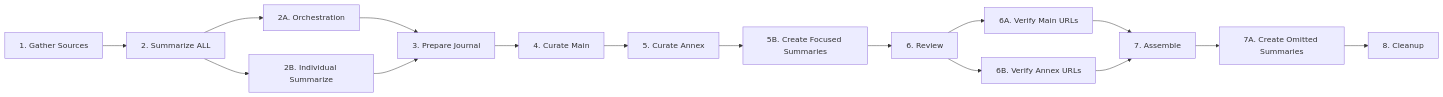
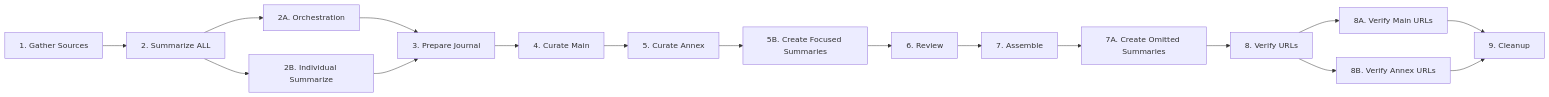
The diagram in README.md (beijaflor/gen-ai-journal), drawn with Mermaid before and after one commit. The commit also changed other lines of this file and 12 other files, not shown here.

````diff
--- a/README.md
+++ b/README.md
@@ -9,18 +9,19 @@
 ```mermaid
 graph LR
     A[1. Gather Sources] --> B[2. Summarize ALL]
     B --> B1[2A. Orchestration]
     B --> B2[2B. Individual Summarize]
     B1 --> C[3. Prepare Journal]
     B2 --> C
     C --> D[4. Curate Main]
     D --> E[5. Curate Annex]
     E --> F[5B. Create Focused Summaries]
     F --> G[6. Review]
-    G --> G1[6A. Verify Main URLs]
-    G --> G2[6B. Verify Annex URLs]
-    G1 --> H[7. Assemble]
-    G2 --> H
+    G --> H[7. Assemble]
     H --> H1[7A. Create Omitted Summaries]
-    H1 --> I[8. Cleanup]
+    H1 --> I[8. Verify URLs]
+    I --> I1[8A. Verify Main URLs]
+    I --> I2[8B. Verify Annex URLs]
+    I1 --> J[9. Cleanup]
+    I2 --> J
 ```
````
